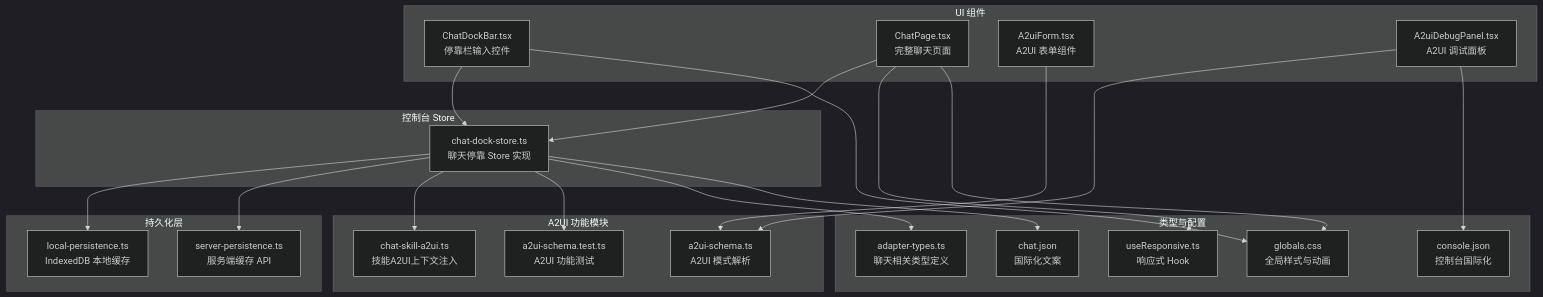
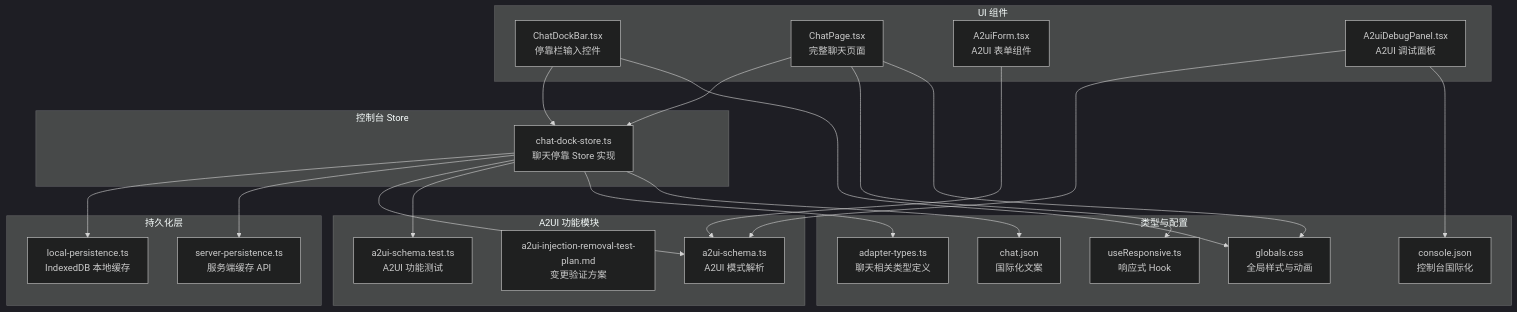
One commit to WW-AI-Lab/openclaw-office changed the first of 8 diagrams in .qoder/repowiki/zh/content/状态管理系统/控制台 Store 系统/聊天停靠 Store.md. Above: the diagram before and after it, drawn with Mermaid (dark theme). The commit also changed other lines of this file and 5 other files, not shown here.

````diff
--- a/.qoder/repowiki/zh/content/状态管理系统/控制台 Store 系统/聊天停靠 Store.md
+++ b/.qoder/repowiki/zh/content/状态管理系统/控制台 Store 系统/聊天停靠 Store.md
@@ -53,42 +53,42 @@
 ```mermaid
 graph TB
 subgraph "控制台 Store"
 A["chat-dock-store.ts<br/>聊天停靠 Store 实现"]
 end
 subgraph "持久化层"
 B["local-persistence.ts<br/>IndexedDB 本地缓存"]
 C["server-persistence.ts<br/>服务端缓存 API"]
 end
 subgraph "UI 组件"
 D["ChatDockBar.tsx<br/>停靠栏输入控件"]
 E["ChatPage.tsx<br/>完整聊天页面"]
 F["A2uiForm.tsx<br/>A2UI 表单组件"]
 G["A2uiDebugPanel.tsx<br/>A2UI 调试面板"]
 end
 subgraph "A2UI 功能模块"
 H["a2ui-schema.ts<br/>A2UI 模式解析"]
-I["chat-skill-a2ui.ts<br/>技能A2UI上下文注入"]
+I["a2ui-injection-removal-test-plan.md<br/>变更验证方案"]
 J["a2ui-schema.test.ts<br/>A2UI 功能测试"]
 end
 subgraph "类型与配置"
 K["adapter-types.ts<br/>聊天相关类型定义"]
 L["useResponsive.ts<br/>响应式 Hook"]
 M["globals.css<br/>全局样式与动画"]
 N["chat.json<br/>国际化文案"]
 O["console.json<br/>控制台国际化"]
 end
 A --> B
 A --> C
 D --> A
 E --> A
 F --> H
 G --> H
-A --> I
+A --> H
 A --> J
 A --> K
 E --> L
 D --> M
 E --> M
 A --> N
 G --> O
 ```
````
